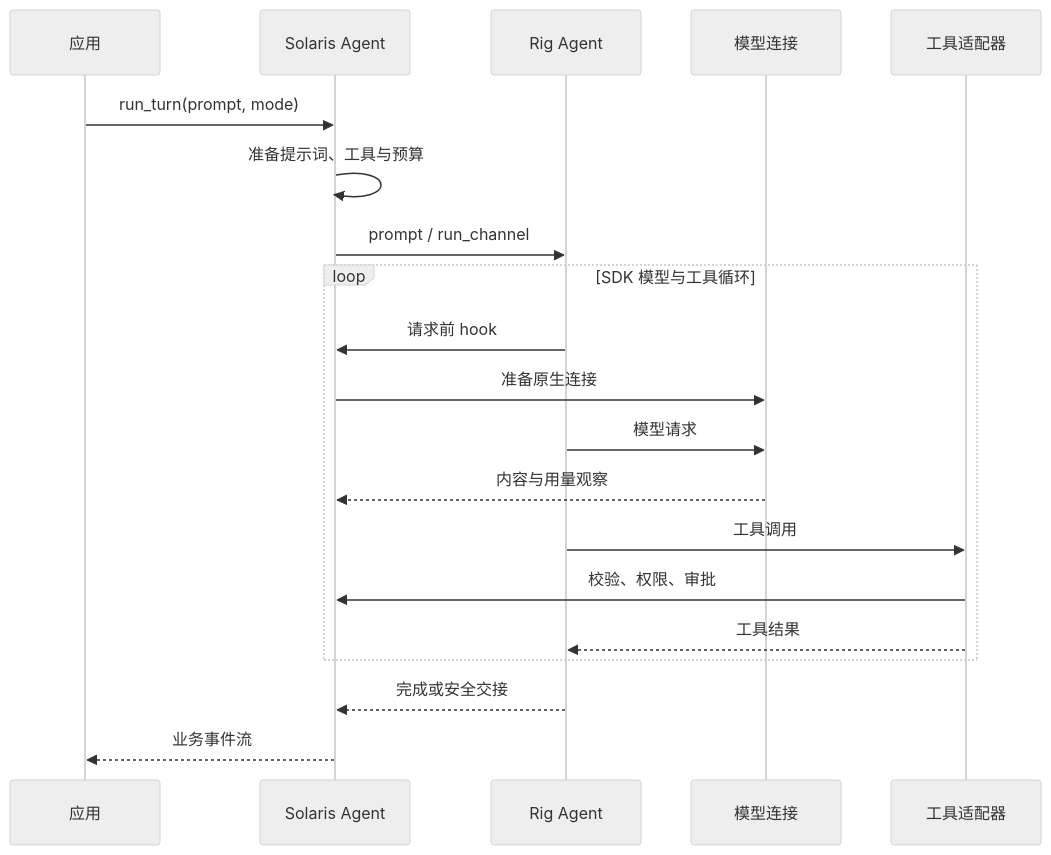
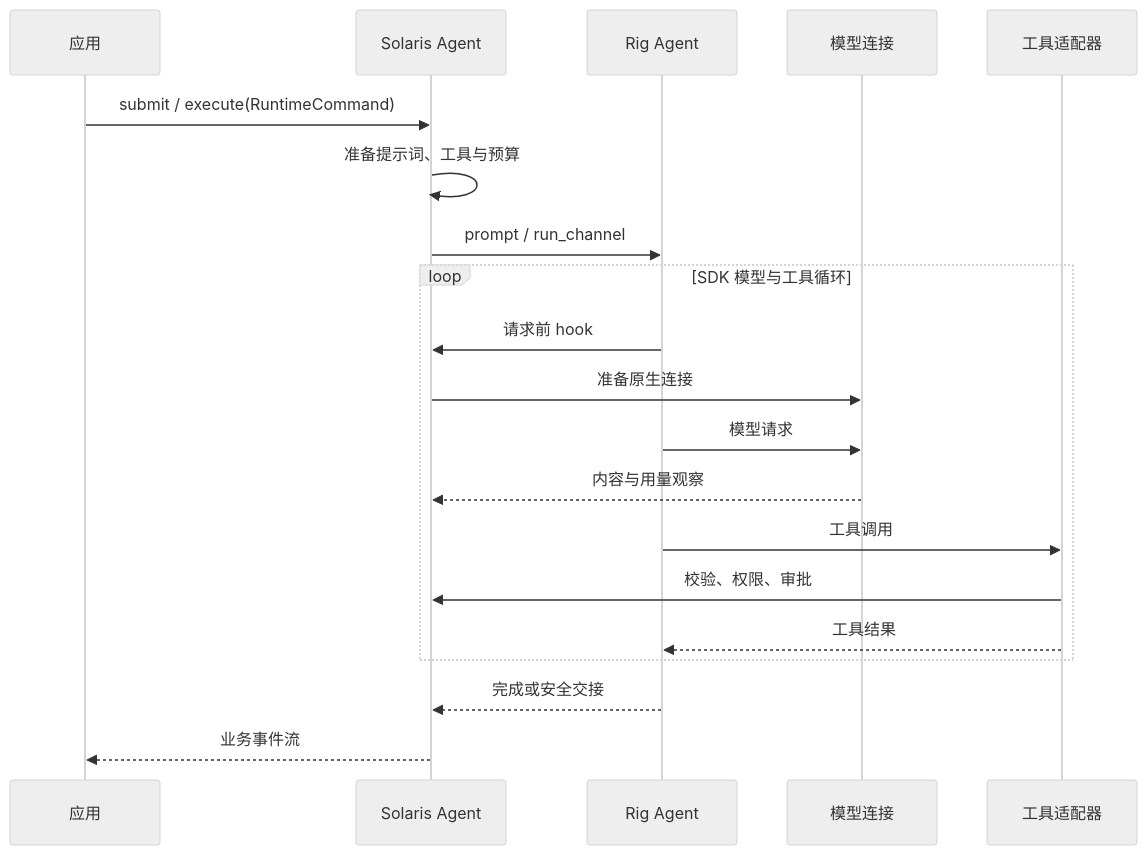
One commit to zephyraluco/solaris changed the second of 2 diagrams in docs/ARCHITECTURE.md. Above: the diagram before and after it, drawn with Mermaid (neutral theme). The commit also changed other lines of this file and 46 other files, not shown here.

````diff
--- a/docs/ARCHITECTURE.md
+++ b/docs/ARCHITECTURE.md
@@ -75,22 +76,22 @@
 ```mermaid
 sequenceDiagram
     participant App as 应用
     participant Host as Solaris Agent
     participant SDK as Rig Agent
     participant Model as 模型连接
     participant Tool as 工具适配器
-    App->>Host: run_turn(prompt, mode)
+    App->>Host: submit / execute(RuntimeCommand)
     Host->>Host: 准备提示词、工具与预算
     Host->>SDK: prompt / run_channel
     loop SDK 模型与工具循环
         SDK->>Host: 请求前 hook
         Host->>Model: 准备原生连接
         SDK->>Model: 模型请求
         Model-->>Host: 内容与用量观察
         SDK->>Tool: 工具调用
         Tool->>Host: 校验、权限、审批
         Tool-->>SDK: 工具结果
     end
     SDK-->>Host: 完成或安全交接
     Host-->>App: 业务事件流
 ```
````
